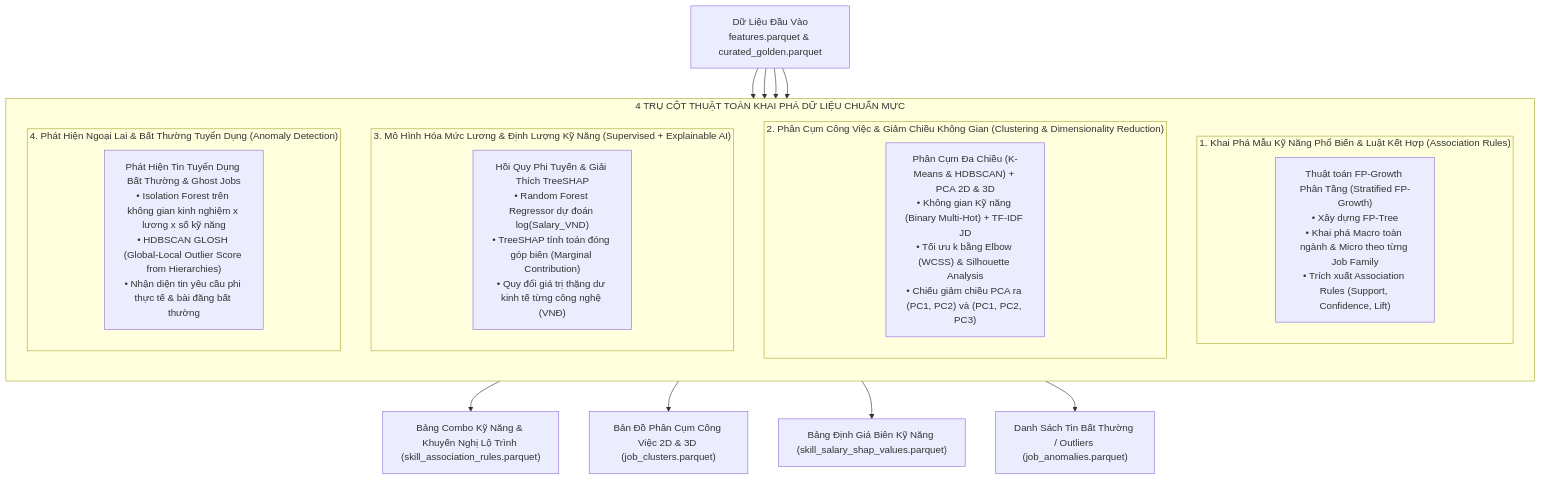
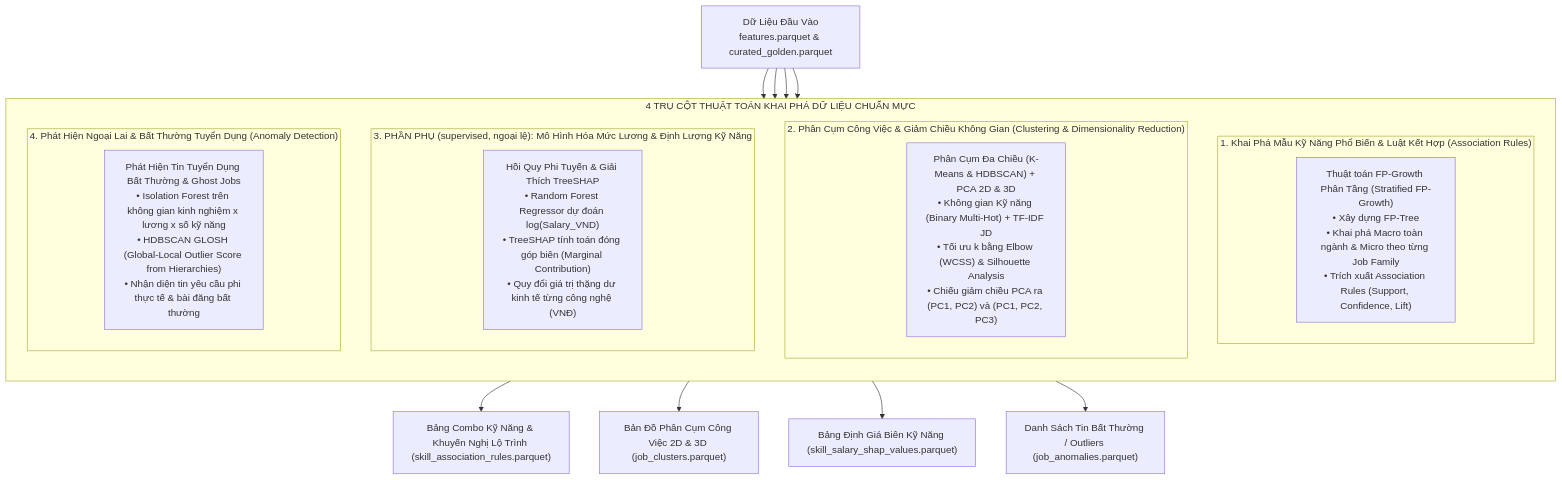
One commit to Archduker/VN-IT-Job-Mining changed the first of 2 diagrams in docs/spec/07_mining_spec.md. Above: the diagram before and after it, drawn with Mermaid. The commit also changed other lines of this file and 203 other files, not shown here.

````diff
--- a/docs/spec/07_mining_spec.md
+++ b/docs/spec/07_mining_spec.md
@@ -16,32 +17,32 @@
 ```mermaid
 flowchart TD
     InFeatures["Dữ Liệu Đầu Vào\nfeatures.parquet & curated_golden.parquet"] --> Engine1
     InFeatures --> Engine2
     InFeatures --> Engine3
     InFeatures --> Engine4
 
     subgraph MiningEngines["4 TRỤ CỘT THUẬT TOÁN KHAI PHÁ DỮ LIỆU CHUẨN MỰC"]
         direction TB
         
         subgraph Engine1["1. Khai Phá Mẫu Kỹ Năng Phổ Biến & Luật Kết Hợp (Association Rules)"]
             FP["Thuật toán FP-Growth Phân Tầng (Stratified FP-Growth)\n• Xây dựng FP-Tree\n• Khai phá Macro toàn ngành & Micro theo từng Job Family\n• Trích xuất Association Rules (Support, Confidence, Lift)"]
         end
 
         subgraph Engine2["2. Phân Cụm Công Việc & Giảm Chiều Không Gian (Clustering & Dimensionality Reduction)"]
             CL["Phân Cụm Đa Chiều (K-Means & HDBSCAN) + PCA 2D & 3D\n• Không gian Kỹ năng (Binary Multi-Hot) + TF-IDF JD\n• Tối ưu k bằng Elbow (WCSS) & Silhouette Analysis\n• Chiếu giảm chiều PCA ra (PC1, PC2) và (PC1, PC2, PC3)"]
         end
 
-        subgraph Engine3["3. Mô Hình Hóa Mức Lương & Định Lượng Kỹ Năng (Supervised + Explainable AI)"]
+        subgraph Engine3["3. PHẦN PHỤ (supervised, ngoại lệ): Mô Hình Hóa Mức Lương & Định Lượng Kỹ Năng"]
             RF["Hồi Quy Phi Tuyến & Giải Thích TreeSHAP\n• Random Forest Regressor dự đoán log(Salary_VND)\n• TreeSHAP tính toán đóng góp biên (Marginal Contribution)\n• Quy đổi giá trị thặng dư kinh tế từng công nghệ (VNĐ)"]
         end
 
         subgraph Engine4["4. Phát Hiện Ngoại Lai & Bất Thường Tuyển Dụng (Anomaly Detection)"]
             AD["Phát Hiện Tin Tuyển Dụng Bất Thường & Ghost Jobs\n• Isolation Forest trên không gian kinh nghiệm x lương x số kỹ năng\n• HDBSCAN GLOSH (Global-Local Outlier Score from Hierarchies)\n• Nhận diện tin yêu cầu phi thực tế & bài đăng bất thường"]
         end
     end
 
     Engine1 --> Out1["Bảng Combo Kỹ Năng & Khuyến Nghị Lộ Trình (skill_association_rules.parquet)"]
     Engine2 --> Out2["Bản Đồ Phân Cụm Công Việc 2D & 3D (job_clusters.parquet)"]
     Engine3 --> Out3["Bảng Định Giá Biên Kỹ Năng (skill_salary_shap_values.parquet)"]
     Engine4 --> Out4["Danh Sách Tin Bất Thường / Outliers (job_anomalies.parquet)"]
 ```
````
